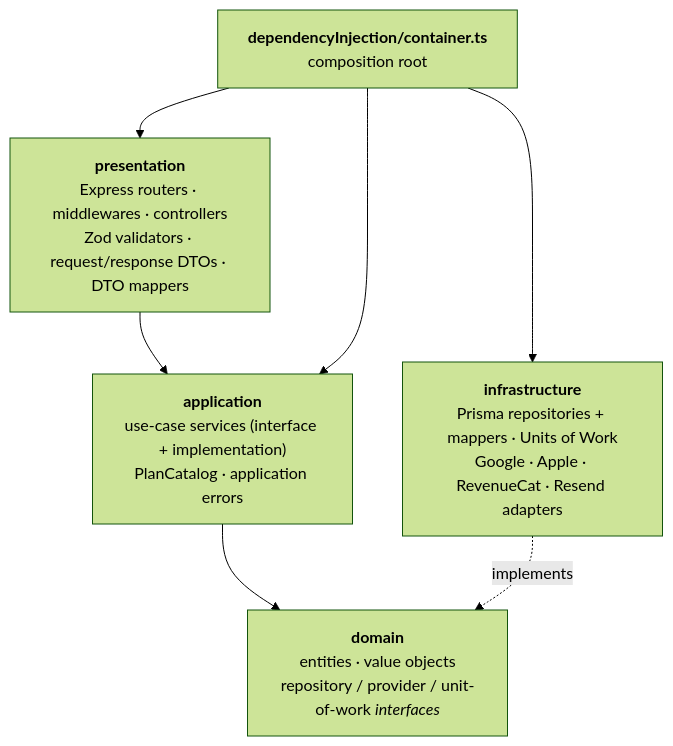
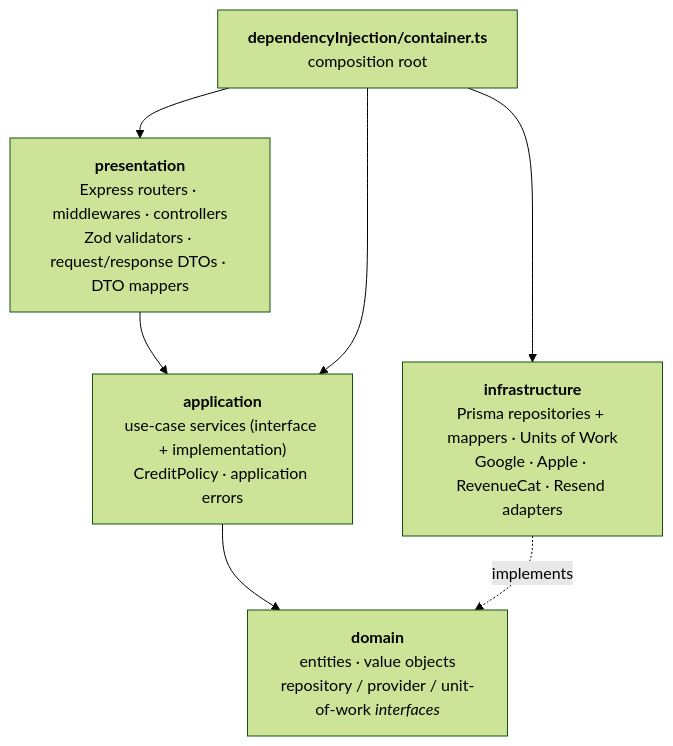
Before and after one commit to Santaval/delivo-api: the first of 3 diagrams in docs/architecture.md, drawn with Mermaid (forest theme). The commit also changed other lines of this file and 34 other files, not shown here.

````diff
--- a/docs/architecture.md
+++ b/docs/architecture.md
@@ -18,15 +18,15 @@
 ```mermaid
 flowchart TB
     PRES["<b>presentation</b><br/>Express routers · middlewares · controllers<br/>Zod validators · request/response DTOs · DTO mappers"]
-    APP["<b>application</b><br/>use-case services (interface + implementation)<br/>PlanCatalog · application errors"]
+    APP["<b>application</b><br/>use-case services (interface + implementation)<br/>CreditPolicy · application errors"]
     DOM["<b>domain</b><br/>entities · value objects<br/>repository / provider / unit-of-work <i>interfaces</i>"]
     INFRA["<b>infrastructure</b><br/>Prisma repositories + mappers · Units of Work<br/>Google · Apple · RevenueCat · Resend adapters"]
     DI["<b>dependencyInjection/container.ts</b><br/>composition root"]
 
     PRES --> APP
     APP --> DOM
     INFRA -. implements .-> DOM
     DI --> PRES
     DI --> APP
     DI --> INFRA
 ```
````
